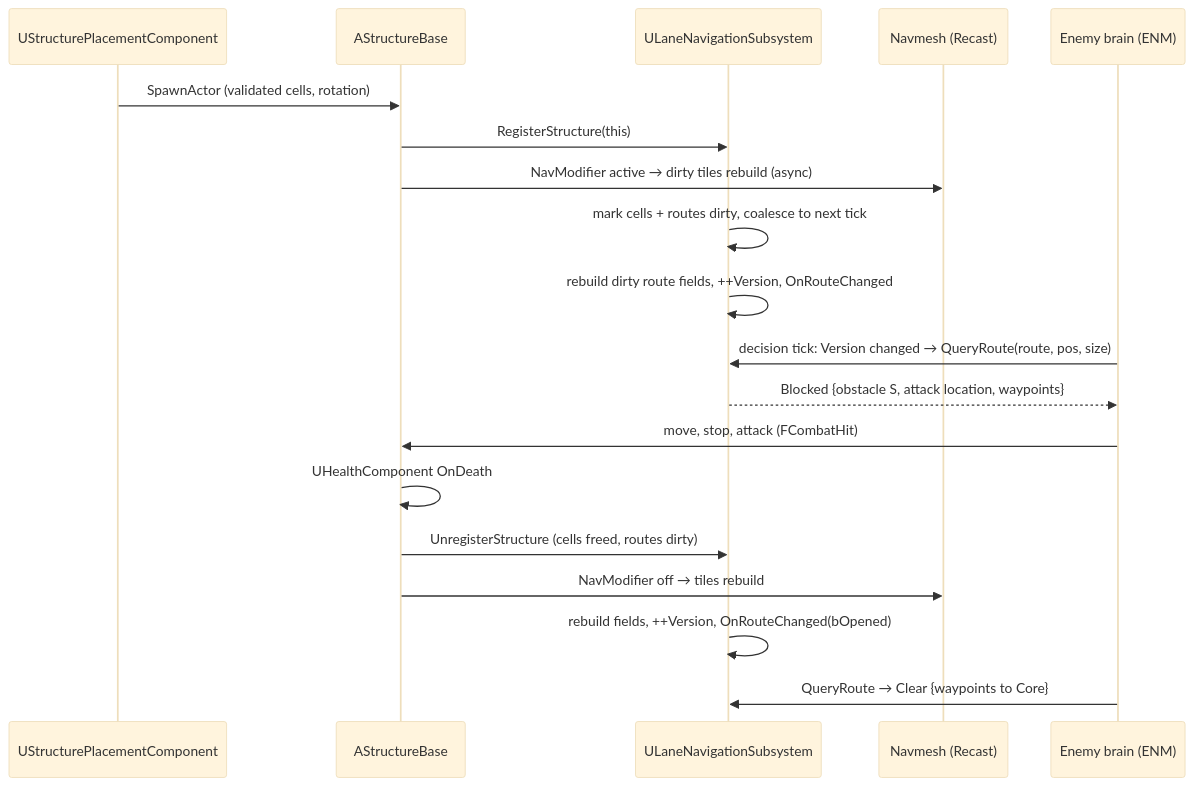
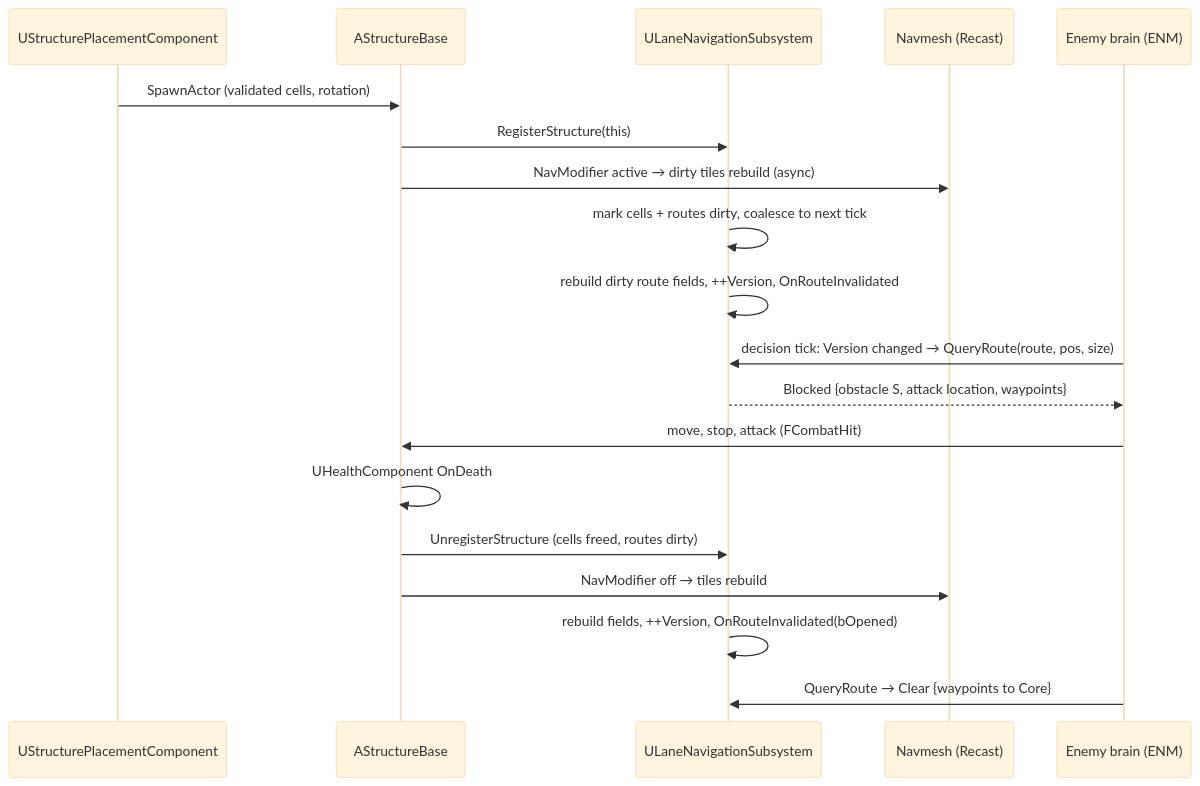
Before and after one commit to caodinhminhnhat230199/castle_defender: the first of 3 diagrams in ai/game/05-structures-pathing/technical-plan.md, drawn with Mermaid (base theme). The commit also changed other lines of this file and 58 other files, not shown here.

````diff
--- a/ai/game/05-structures-pathing/technical-plan.md
+++ b/ai/game/05-structures-pathing/technical-plan.md
@@ -76,21 +78,21 @@
 ```mermaid
 sequenceDiagram
   participant P as UStructurePlacementComponent
   participant S as AStructureBase
   participant L as ULaneNavigationSubsystem
   participant N as Navmesh (Recast)
   participant E as Enemy brain (ENM)
   P->>S: SpawnActor (validated cells, rotation)
   S->>L: RegisterStructure(this)
   S->>N: NavModifier active → dirty tiles rebuild (async)
   L->>L: mark cells + routes dirty, coalesce to next tick
-  L->>L: rebuild dirty route fields, ++Version, OnRouteChanged
+  L->>L: rebuild dirty route fields, ++Version, OnRouteInvalidated
   E->>L: decision tick: Version changed → QueryRoute(route, pos, size)
   L-->>E: Blocked {obstacle S, attack location, waypoints}
   E->>S: move, stop, attack (FCombatHit)
   S->>S: UHealthComponent OnDeath
   S->>L: UnregisterStructure (cells freed, routes dirty)
   S->>N: NavModifier off → tiles rebuild
-  L->>L: rebuild fields, ++Version, OnRouteChanged(bOpened)
+  L->>L: rebuild fields, ++Version, OnRouteInvalidated(bOpened)
   E->>L: QueryRoute → Clear {waypoints to Core}
 ```
````
